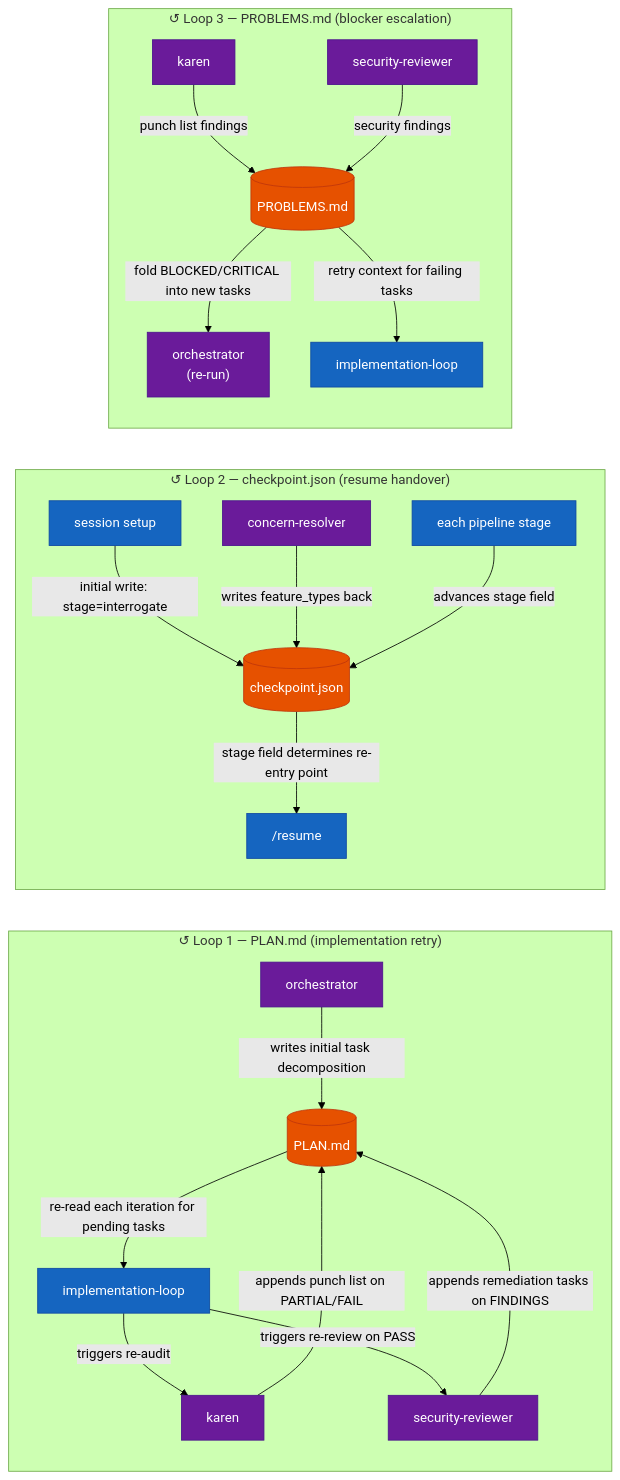
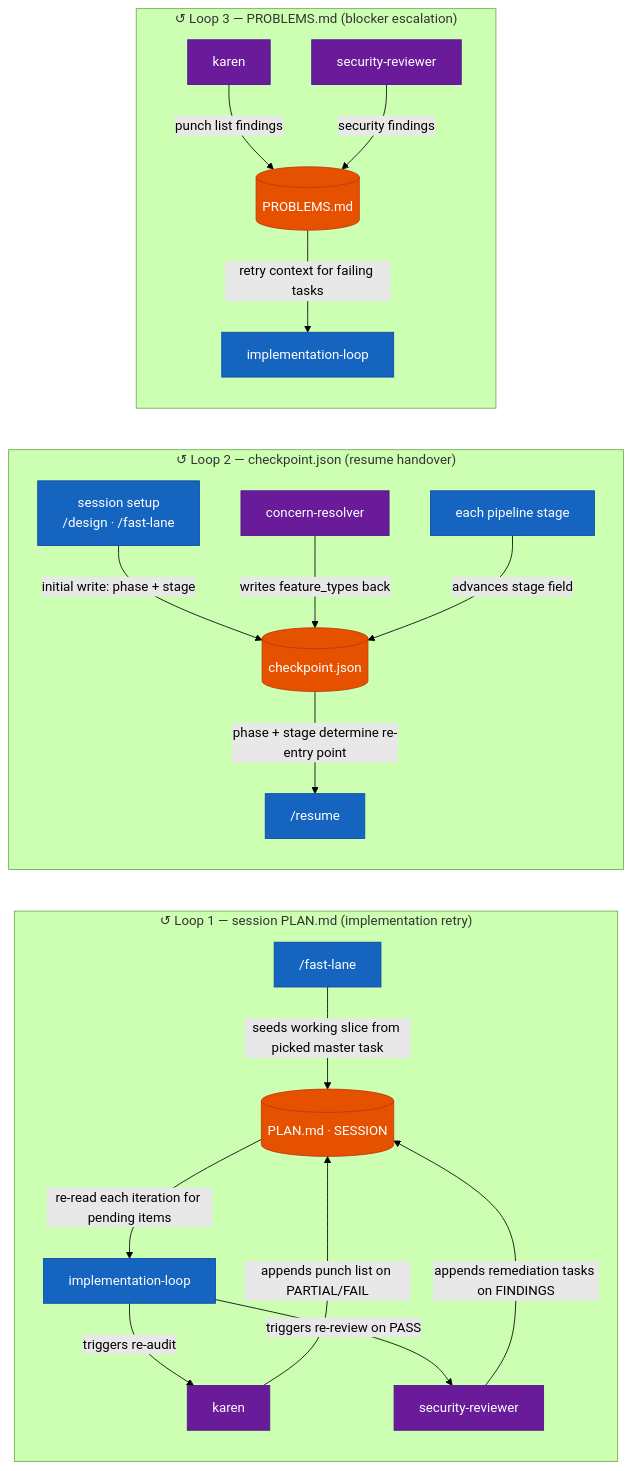
Before and after one commit to THISBROJJ/EFF-IT: the second of 2 diagrams in docs/ARTIFACT_MAP.md, drawn with Mermaid (forest theme). The commit also changed other lines of this file and 26 other files, not shown here.

First line of the commit message:
refactor: split /run into /design and task-based /fast-lane

````diff
--- a/docs/ARTIFACT_MAP.md
+++ b/docs/ARTIFACT_MAP.md
@@ -123,50 +153,48 @@
 ```mermaid
 flowchart LR
     classDef loop  fill:#E65100,stroke:#BF360C,color:#fff
     classDef agent fill:#6A1B9A,stroke:#4A148C,color:#fff
     classDef cmd   fill:#1565C0,stroke:#0D47A1,color:#fff
 
-    subgraph LOOP1 ["↺ Loop 1 — PLAN.md (implementation retry)"]
+    subgraph LOOP1 ["↺ Loop 1 — session PLAN.md (implementation retry)"]
         direction TB
-        ORCH1["orchestrator"]:::agent
-        PLAN1[("PLAN.md")]:::loop
+        FASTLANE1["/fast-lane"]:::cmd
+        SPLAN1[("PLAN.md · SESSION")]:::loop
         KAREN1["karen"]:::agent
         SECRV1["security-reviewer"]:::agent
         IMPL1["implementation-loop"]:::cmd
 
-        ORCH1   -->|"writes initial task decomposition"| PLAN1
-        KAREN1  -->|"appends punch list on PARTIAL/FAIL"| PLAN1
-        SECRV1  -->|"appends remediation tasks on FINDINGS"| PLAN1
-        PLAN1   -->|"re-read each iteration for pending tasks"| IMPL1
-        IMPL1   -->|"triggers re-audit"| KAREN1
-        IMPL1   -->|"triggers re-review on PASS"| SECRV1
+        FASTLANE1 -->|"seeds working slice from picked master task"| SPLAN1
+        KAREN1    -->|"appends punch list on PARTIAL/FAIL"| SPLAN1
+        SECRV1    -->|"appends remediation tasks on FINDINGS"| SPLAN1
+        SPLAN1    -->|"re-read each iteration for pending items"| IMPL1
+        IMPL1     -->|"triggers re-audit"| KAREN1
+        IMPL1     -->|"triggers re-review on PASS"| SECRV1
     end
 
     subgraph LOOP2 ["↺ Loop 2 — checkpoint.json (resume handover)"]
         direction TB
-        SESSION2["session setup"]:::cmd
+        SESSION2["session setup\n/design · /fast-lane"]:::cmd
         CHK2[("checkpoint.json")]:::loop
         CONCERN2["concern-resolver"]:::agent
         STAGE2["each pipeline stage"]:::cmd
         RESUME2["/resume"]:::cmd
 
-        SESSION2  -->|"initial write: stage=interrogate"| CHK2
+        SESSION2  -->|"initial write: phase + stage"| CHK2
         CONCERN2  -->|"writes feature_types back"| CHK2
         STAGE2    -->|"advances stage field"| CHK2
-        CHK2      -->|"stage field determines re-entry point"| RESUME2
+        CHK2      -->|"phase + stage determine re-entry point"| RESUME2
     end
 
     subgraph LOOP3 ["↺ Loop 3 — PROBLEMS.md (blocker escalation)"]
         direction TB
         KAREN3["karen"]:::agent
         SECRV3["security-reviewer"]:::agent
         PROB3[("PROBLEMS.md")]:::loop
-        ORCH3["orchestrator\n(re-run)"]:::agent
         IMPL3["implementation-loop"]:::cmd
 
         KAREN3 -->|"punch list findings"| PROB3
         SECRV3 -->|"security findings"| PROB3
-        PROB3  -->|"fold BLOCKED/CRITICAL into new tasks"| ORCH3
         PROB3  -->|"retry context for failing tasks"| IMPL3
     end
 ```
````
